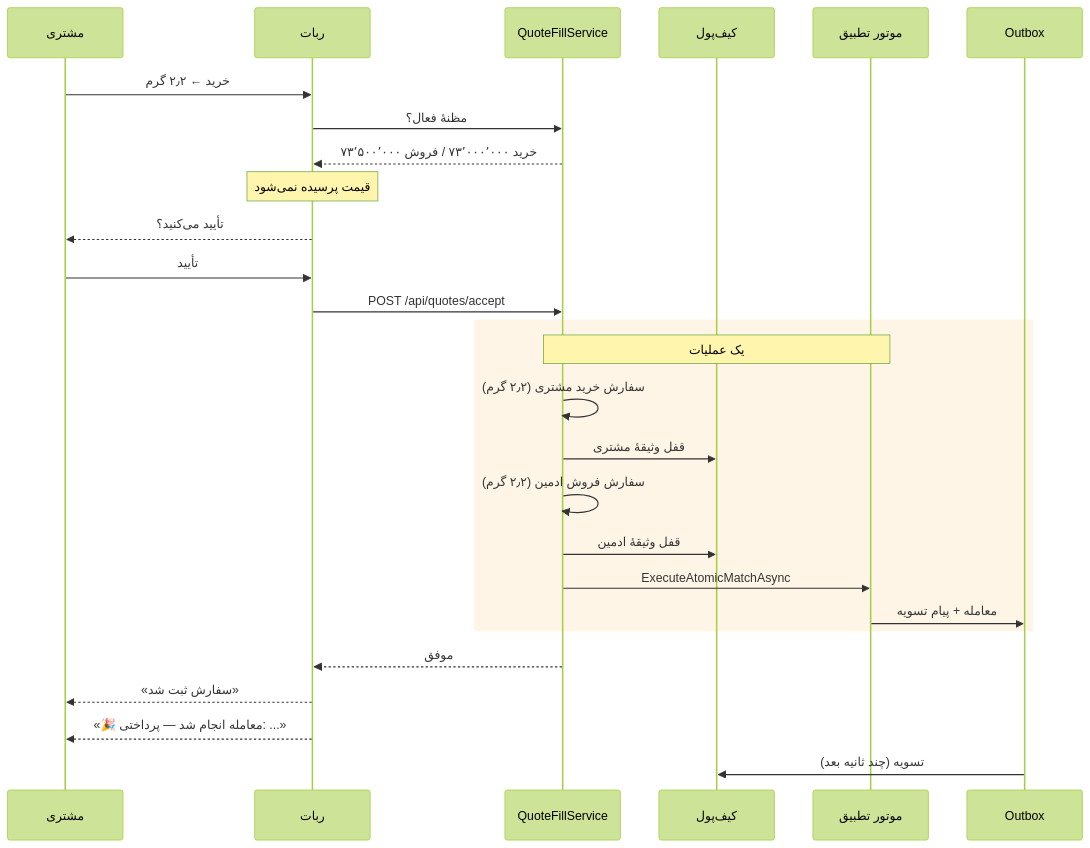
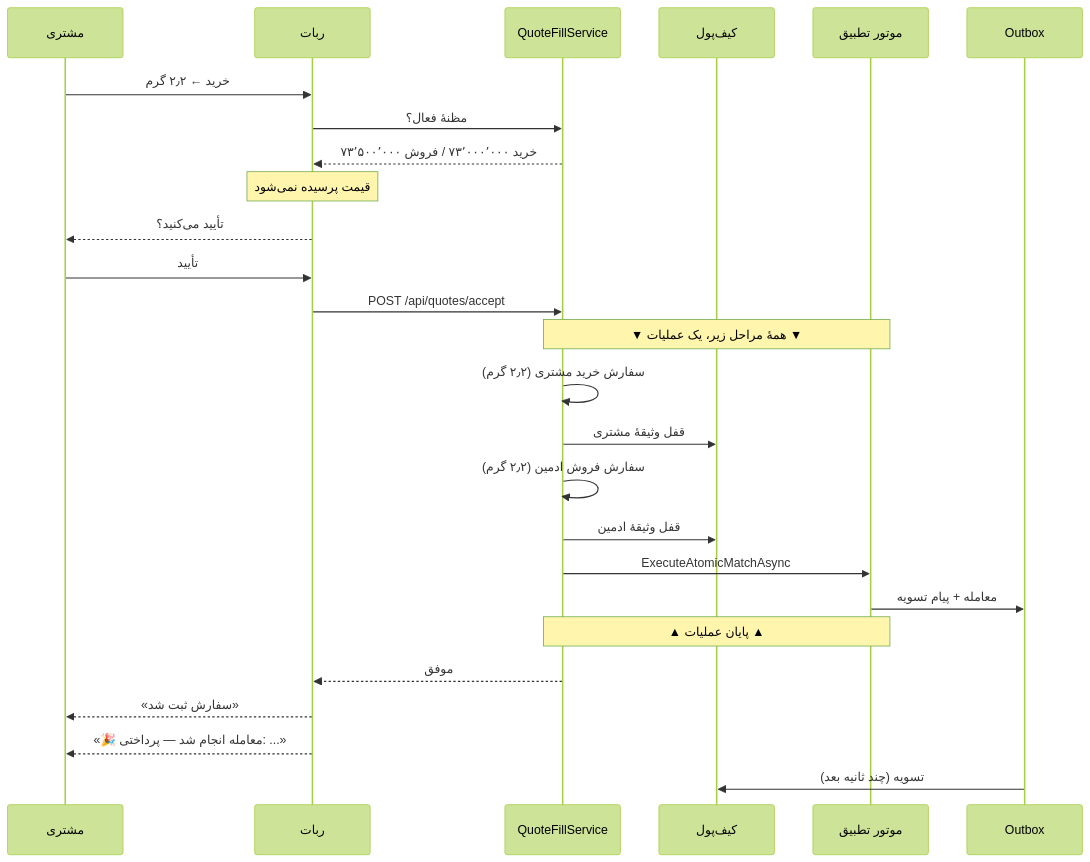
The third of 6 diagrams in docs/architecture/DEALER_QUOTE_MODEL.md (MohKardan/TallaEgg), drawn with Mermaid (forest theme) before and after one commit. The commit also changed other lines of this file, not shown here.

Commit message:
docs(#48): make the diagram text readable in both light and dark themes
The styled nodes used pale fills and left the text colour to mermaid's theme. Mermaid picks a
light text colour in dark mode, so pale fill plus light text made those labels unreadable for
anyone viewing GitHub in dark mode — which is the default for many.

Fills are now dark and the text colour is set explicitly to white, so contrast no longer
depends on which theme the reader happens to use. Strokes are light so the shapes still stand
out against a dark page.

The sequence diagram's rect had the same problem — a pale background whose text colour it did
not control. Replaced with a pair of notes marking the start and end of the single operation,
which conveys the same grouping without depending on colour at all.

````diff
--- a/docs/architecture/DEALER_QUOTE_MODEL.md
+++ b/docs/architecture/DEALER_QUOTE_MODEL.md
@@ -101,32 +101,31 @@
 ```mermaid
 sequenceDiagram
     participant C as مشتری
     participant B as ربات
     participant QF as QuoteFillService
     participant W as کیف‌پول
     participant M as موتور تطبیق
     participant OX as Outbox
 
     C->>B: خرید ← ۲٫۲ گرم
     B->>QF: مظنهٔ فعال؟
     QF-->>B: خرید ۷۳٬۰۰۰٬۰۰۰ / فروش ۷۳٬۵۰۰٬۰۰۰
     Note over B: قیمت پرسیده نمی‌شود
     B-->>C: تأیید می‌کنید؟
     C->>B: تأیید
     B->>QF: POST /api/quotes/accept
 
-    rect rgb(255, 245, 230)
-        Note over QF,M: یک عملیات
-        QF->>QF: سفارش خرید مشتری (۲٫۲ گرم)
-        QF->>W: قفل وثیقهٔ مشتری
-        QF->>QF: سفارش فروش ادمین (۲٫۲ گرم)
-        QF->>W: قفل وثیقهٔ ادمین
-        QF->>M: ExecuteAtomicMatchAsync
-        M->>OX: معامله + پیام تسویه
-    end
+    Note over QF,M: ▼ همهٔ مراحل زیر، یک عملیات ▼
+    QF->>QF: سفارش خرید مشتری (۲٫۲ گرم)
+    QF->>W: قفل وثیقهٔ مشتری
+    QF->>QF: سفارش فروش ادمین (۲٫۲ گرم)
+    QF->>W: قفل وثیقهٔ ادمین
+    QF->>M: ExecuteAtomicMatchAsync
+    M->>OX: معامله + پیام تسویه
+    Note over QF,M: ▲ پایان عملیات ▲
 
     QF-->>B: موفق
     B-->>C: «سفارش ثبت شد»
     B-->>C: «🎉 معامله انجام شد — پرداختی: ...»
     OX->>W: تسویه (چند ثانیه بعد)
 ```
````
